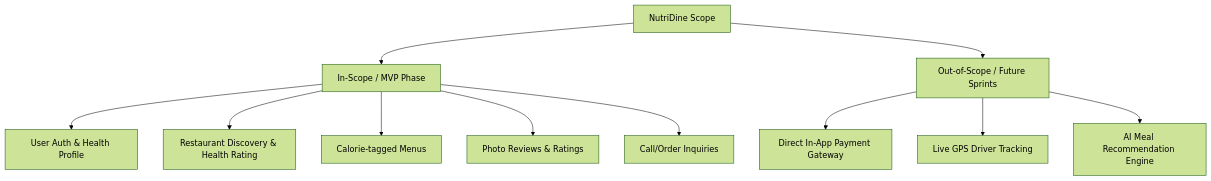
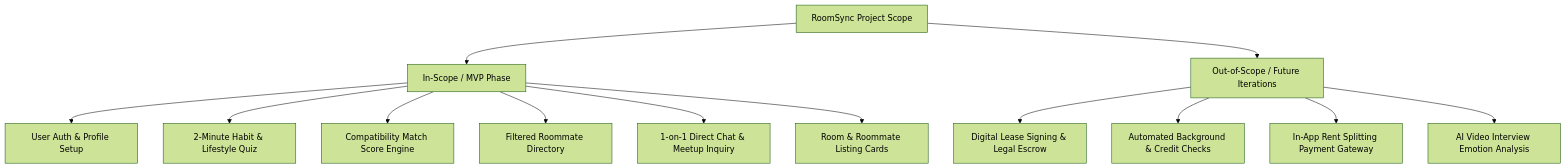
One commit to Tyzon22/agile-software-development changed the first of 2 diagrams in docs/project-charter.md. Above: the diagram before and after it, drawn with Mermaid (forest theme). The commit also changed other lines of this file and 5 other files, not shown here.

Commit message:
docs: add Project Charter, SRS, Acceptance Criteria, and Database Design for Behavior-Based Roommate Matching Web App

````diff
--- a/docs/project-charter.md
+++ b/docs/project-charter.md
@@ -47,15 +56,17 @@
 ```mermaid
 graph TD
-    Scope[NutriDine Scope] --> InScope[In-Scope / MVP Phase]
-    Scope --> OutScope[Out-of-Scope / Future Sprints]
+    Scope[RoomSync Project Scope] --> InScope[In-Scope / MVP Phase]
+    Scope --> OutScope[Out-of-Scope / Future Iterations]
     
-    InScope --> F1[User Auth & Health Profile]
-    InScope --> F2[Restaurant Discovery & Health Rating]
-    InScope --> F3[Calorie-tagged Menus]
-    InScope --> F4[Photo Reviews & Ratings]
-    InScope --> F5[Call/Order Inquiries]
+    InScope --> F1[User Auth & Profile Setup]
+    InScope --> F2[2-Minute Habit & Lifestyle Quiz]
+    InScope --> F3[Compatibility Match Score Engine]
+    InScope --> F4[Filtered Roommate Directory]
+    InScope --> F5[1-on-1 Direct Chat & Meetup Inquiry]
+    InScope --> F6[Room & Roommate Listing Cards]
     
-    OutScope --> O1[Direct In-App Payment Gateway]
-    OutScope --> O2[Live GPS Driver Tracking]
-    OutScope --> O3[AI Meal Recommendation Engine]
+    OutScope --> O1[Digital Lease Signing & Legal Escrow]
+    OutScope --> O2[Automated Background & Credit Checks]
+    OutScope --> O3[In-App Rent Splitting Payment Gateway]
+    OutScope --> O4[AI Video Interview Emotion Analysis]
 ```
````
